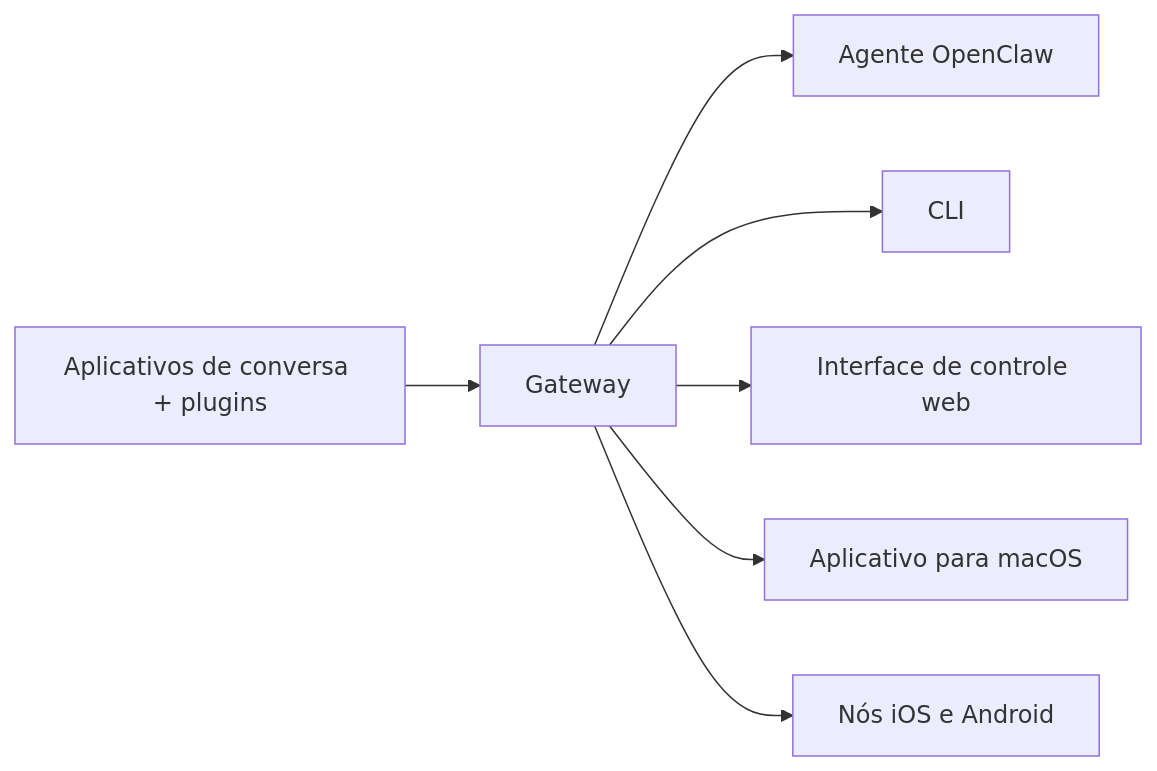
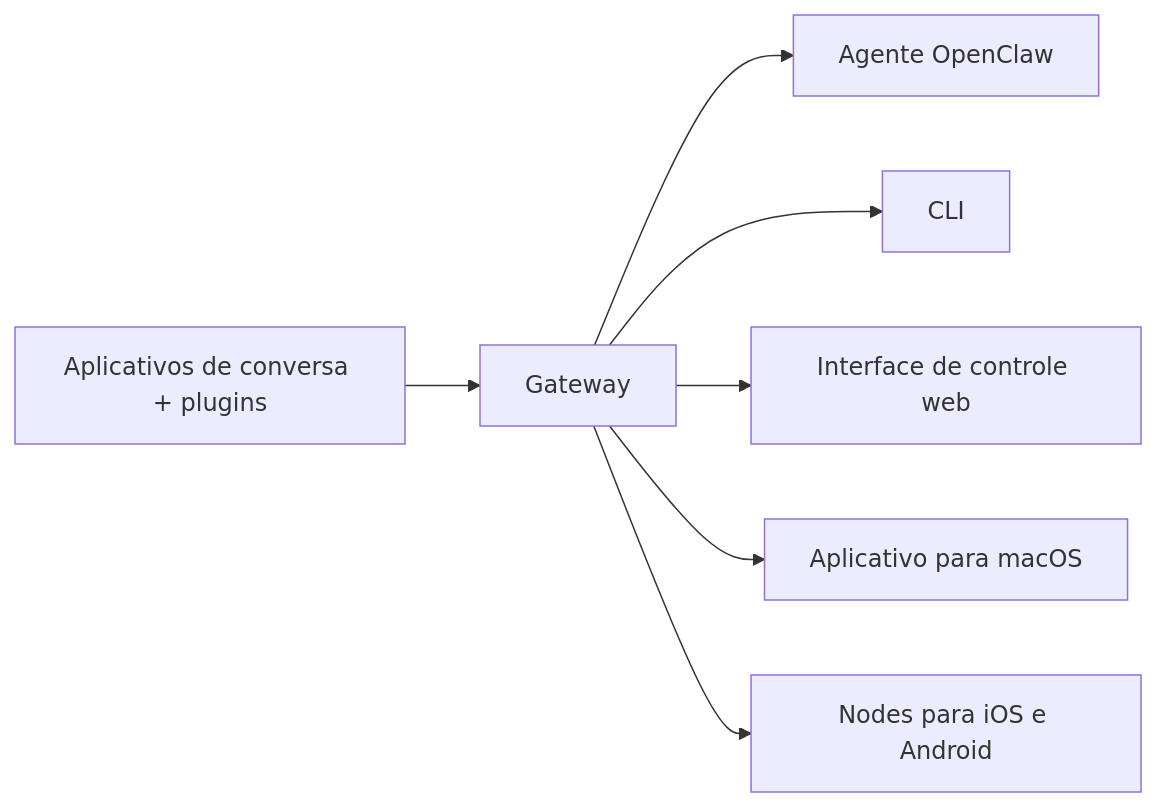
One commit to openclaw/docs changed the diagram in docs/pt-BR/index.md. Above: the diagram before and after it, drawn with Mermaid. The commit also changed other lines of this file and 6121 other files, not shown here.

````diff
--- a/docs/pt-BR/index.md
+++ b/docs/pt-BR/index.md
@@ -113,9 +114,9 @@
 ```mermaid
 flowchart LR
   A["Aplicativos de conversa + plugins"] --> B["Gateway"]
   B --> C["Agente OpenClaw"]
   B --> D["CLI"]
   B --> E["Interface de controle web"]
   B --> F["Aplicativo para macOS"]
-  B --> G["Nós iOS e Android"]
+  B --> G["Nodes para iOS e Android"]
 ```
````
